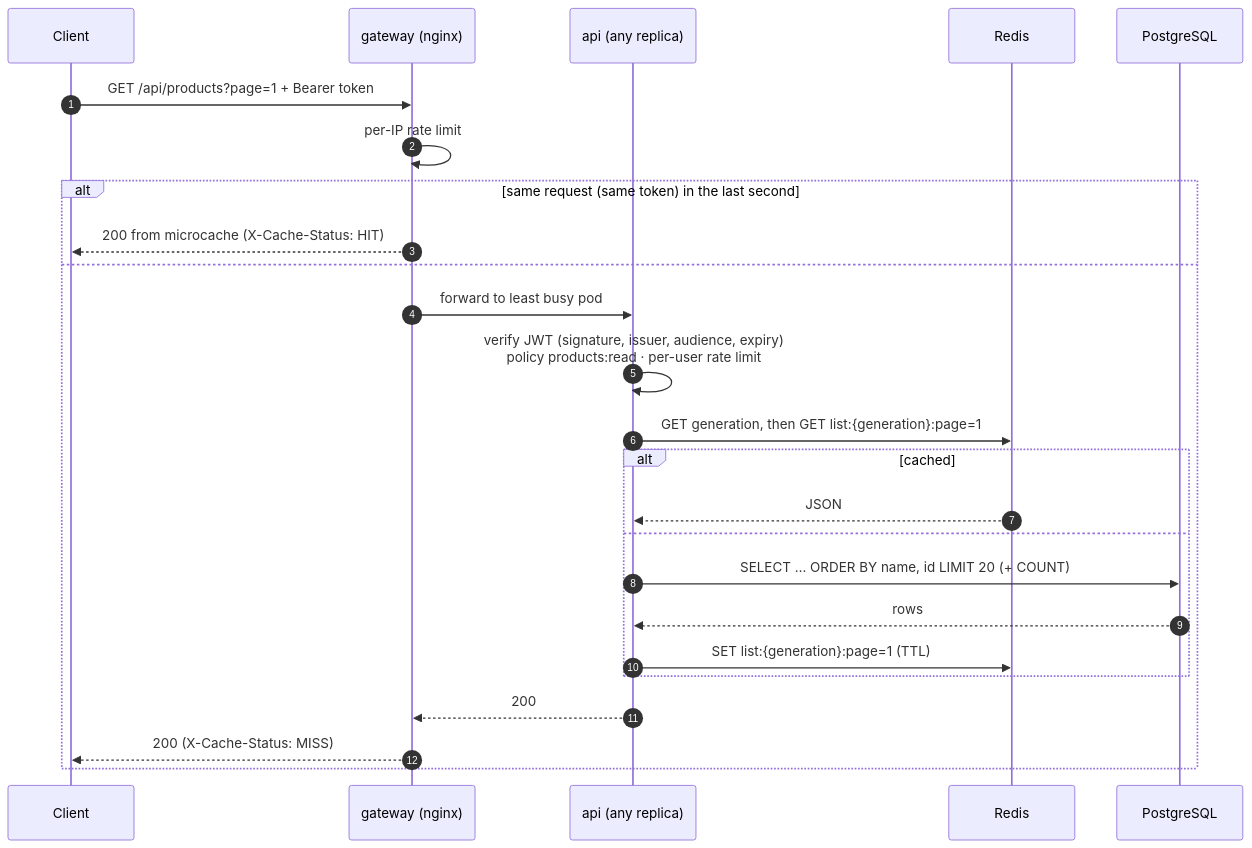
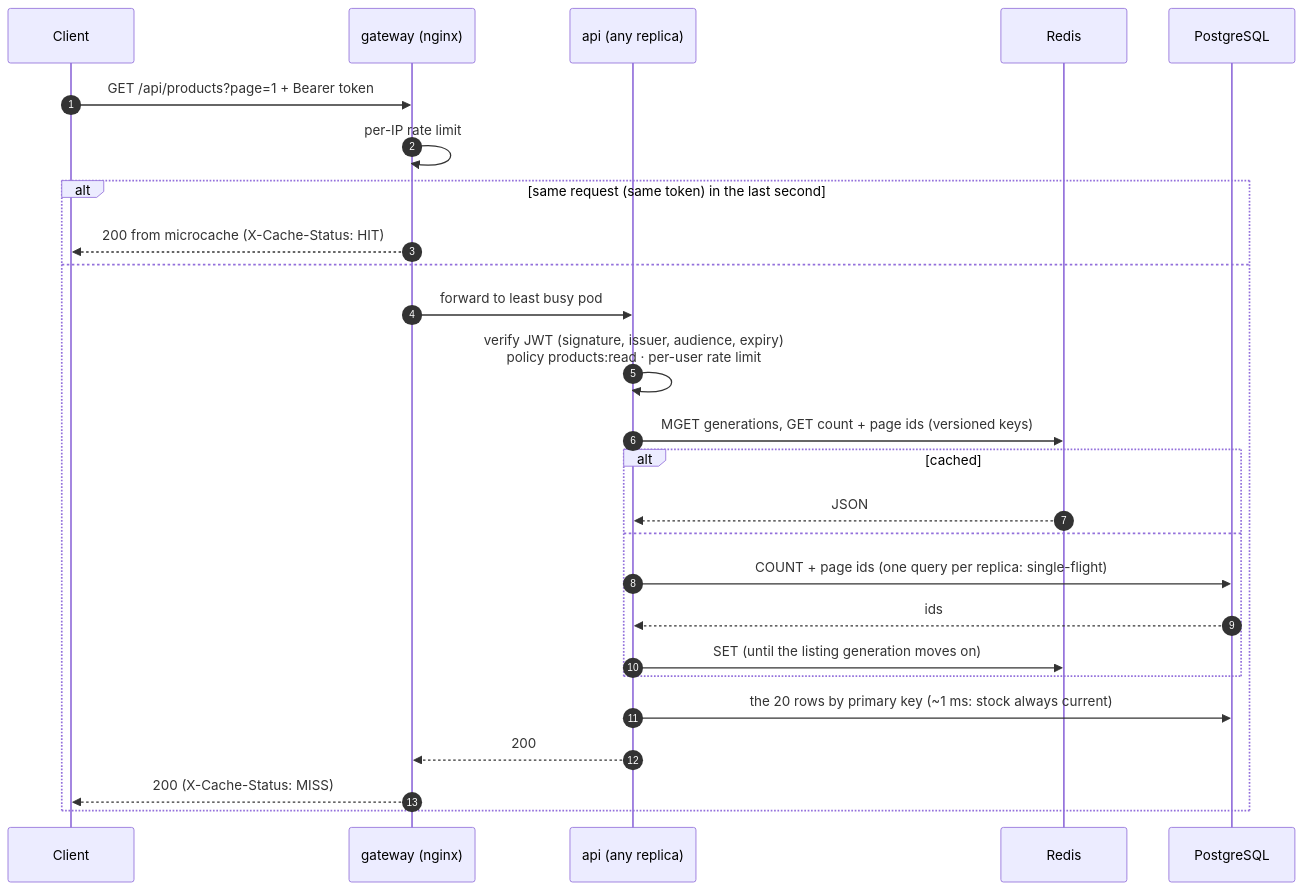
One commit to RubenCipriano/zeiss-product-management changed the second of 5 diagrams in docs/architecture.md. Above: the diagram before and after it, drawn with Mermaid. The commit also changed other lines of this file and 39 other files, not shown here.

````diff
--- a/docs/architecture.md
+++ b/docs/architecture.md
@@ -95,28 +95,29 @@
 ```mermaid
 sequenceDiagram
     autonumber
     participant C as Client
     participant G as gateway (nginx)
     participant A as api (any replica)
     participant R as Redis
     participant P as PostgreSQL
 
     C->>G: GET /api/products?page=1 + Bearer token
     G->>G: per-IP rate limit
     alt same request (same token) in the last second
         G-->>C: 200 from microcache (X-Cache-Status: HIT)
     else
         G->>A: forward to least busy pod
         A->>A: verify JWT (signature, issuer, audience, expiry)<br/>policy products:read · per-user rate limit
-        A->>R: GET generation, then GET list:{generation}:page=1
+        A->>R: MGET generations, GET count + page ids (versioned keys)
         alt cached
             R-->>A: JSON
         else
-            A->>P: SELECT … ORDER BY name, id LIMIT 20 (+ COUNT)
-            P-->>A: rows
-            A->>R: SET list:{generation}:page=1 (TTL)
+            A->>P: COUNT + page ids (one query per replica: single-flight)
+            P-->>A: ids
+            A->>R: SET (until the listing generation moves on)
         end
+        A->>P: the 20 rows by primary key (~1 ms: stock always current)
         A-->>G: 200
         G-->>C: 200 (X-Cache-Status: MISS)
     end
 ```
````
